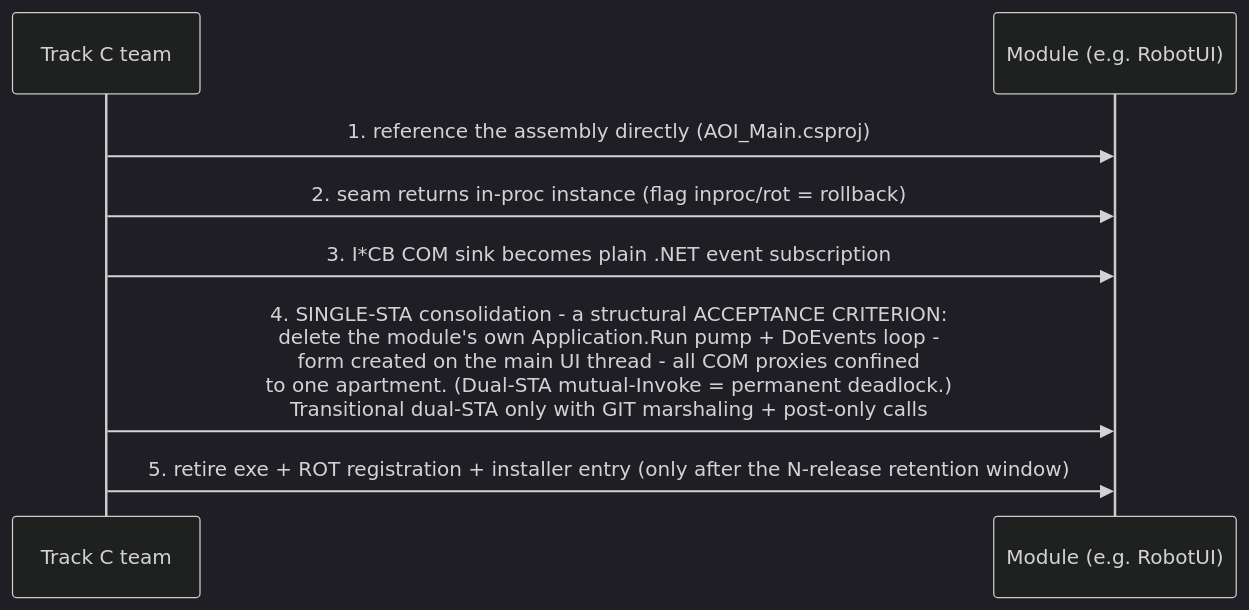
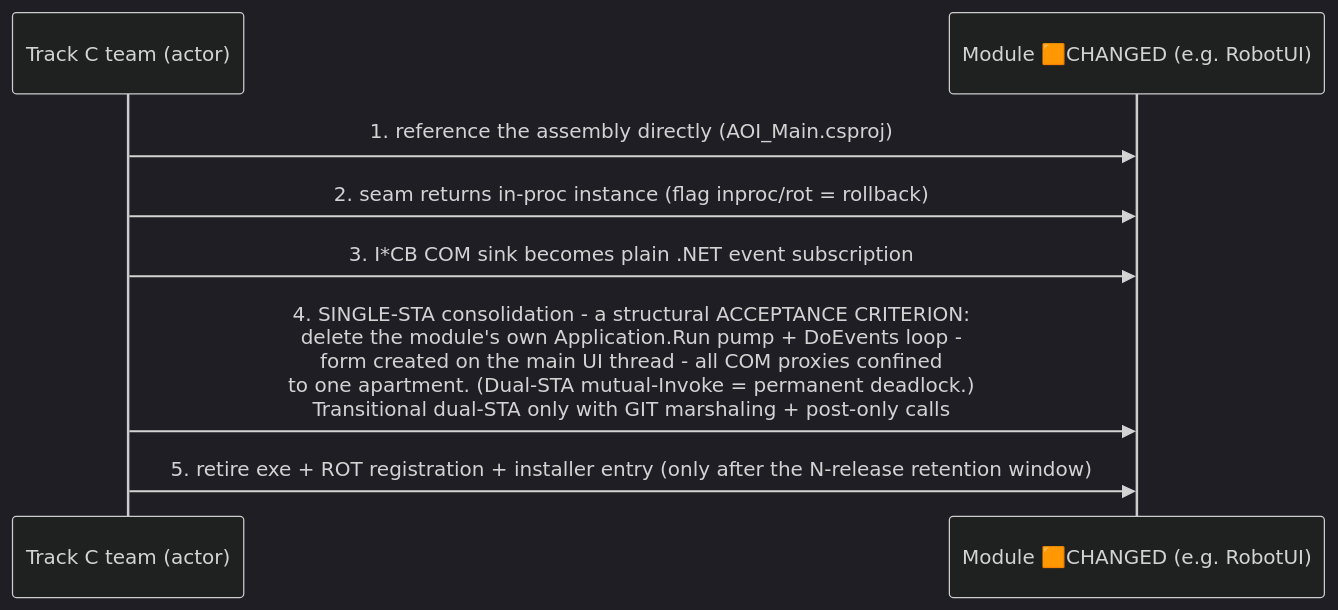
Before and after one commit to amitA-camtek/bus_gateway: the eighth of 10 diagrams in stage/03-appendix-four-lanes.md, drawn with Mermaid (dark theme). The commit also changed other lines of this file and 11 other files, not shown here.

````diff
--- a/stage/03-appendix-four-lanes.md
+++ b/stage/03-appendix-four-lanes.md
@@ -276,11 +293,11 @@
 ```mermaid
 sequenceDiagram
-    participant T as Track C team
-    participant M as Module (e.g. RobotUI)
+    participant T as Track C team (actor)
+    participant M as Module 🟧CHANGED (e.g. RobotUI)
 
     T->>M: 1. reference the assembly directly (AOI_Main.csproj)
     T->>M: 2. seam returns in-proc instance (flag inproc/rot = rollback)
     T->>M: 3. I*CB COM sink becomes plain .NET event subscription
     T->>M: 4. SINGLE-STA consolidation - a structural ACCEPTANCE CRITERION:<br/>delete the module's own Application.Run pump + DoEvents loop -<br/>form created on the main UI thread - all COM proxies confined<br/>to one apartment. (Dual-STA mutual-Invoke = permanent deadlock.)<br/>Transitional dual-STA only with GIT marshaling + post-only calls
     T->>M: 5. retire exe + ROT registration + installer entry (only after the N-release retention window)
 ```
````
